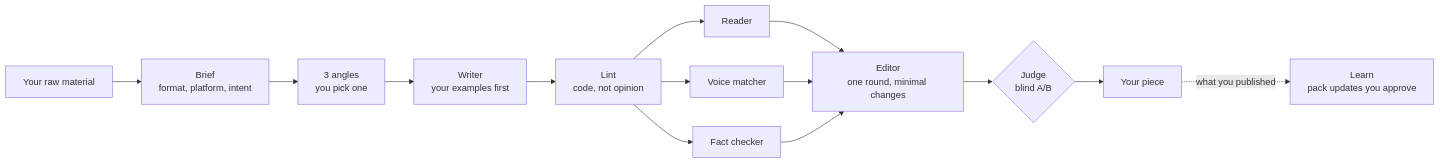
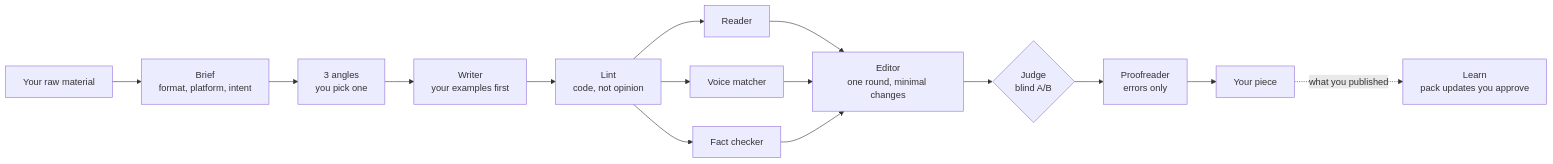
The diagram in README.md (The-Discipline/skill-plume), drawn with Mermaid before and after one commit. The commit also changed other lines of this file and 14 other files, not shown here.

````diff
--- a/README.md
+++ b/README.md
@@ -37,14 +37,15 @@
 ```mermaid
 flowchart LR
     M["Your raw material"] --> B["Brief<br/>format, platform, intent"]
     B --> A["3 angles<br/>you pick one"]
     A --> W["Writer<br/>your examples first"]
     W --> L["Lint<br/>code, not opinion"]
     L --> R["Reader"]
     L --> V["Voice matcher"]
     L --> F["Fact checker"]
     R & V & F --> E["Editor<br/>one round, minimal changes"]
     E --> J{"Judge<br/>blind A/B"}
-    J --> O["Your piece"]
+    J --> PR["Proofreader<br/>errors only"]
+    PR --> O["Your piece"]
     O -. "what you published" .-> LN["Learn<br/>pack updates you approve"]
 ```
````
